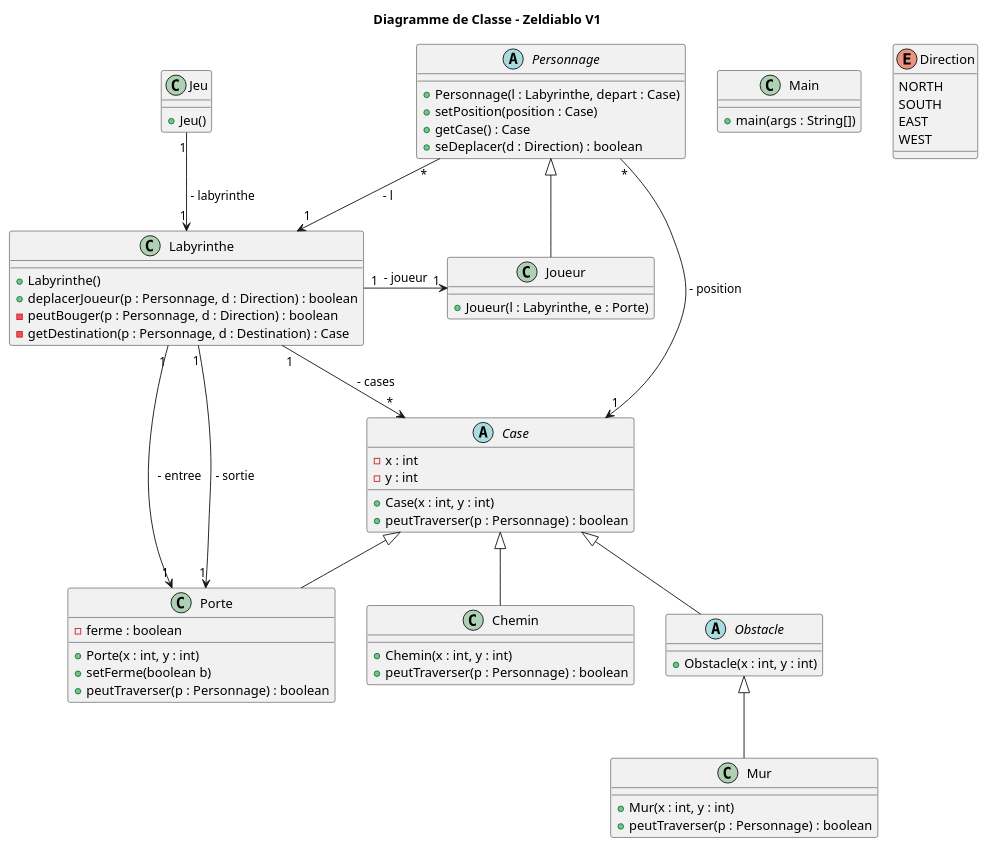
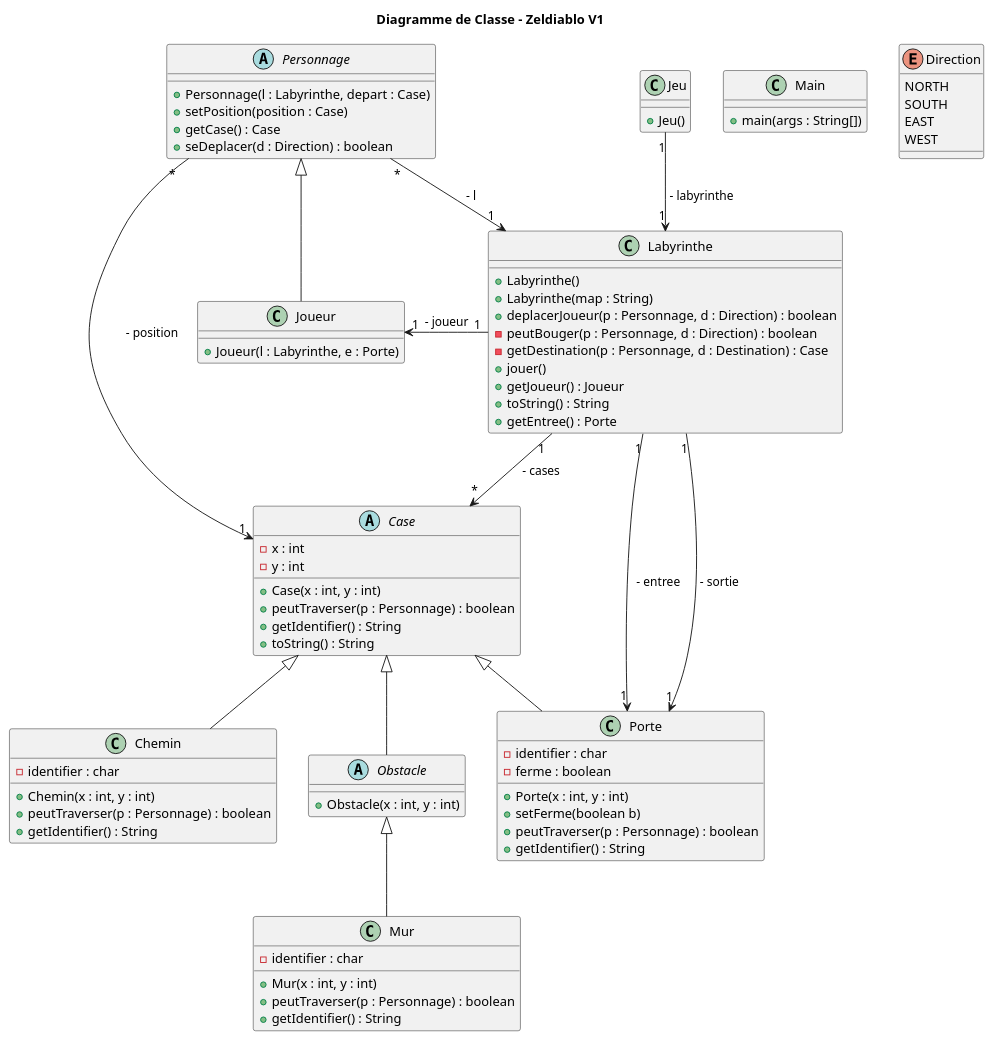
One commit to arnoux23u-IUTNC/2021_COO_Zeldiablo changed the diagram in documents/version_1/diagrammes/classe/diagClasse.puml. Above: the diagram before and after it, drawn with PlantUML. The commit also changed 1 other file, not shown here.

Commit message:
Diagrams

```diff
--- a/documents/version_1/diagrammes/classe/diagClasse.puml
+++ b/documents/version_1/diagrammes/classe/diagClasse.puml
@@ -1,74 +1,87 @@
 @startuml
 
 title Diagramme de Classe - Zeldiablo V1
 
 class Jeu{
     + Jeu()
 }
 
 abstract class Personnage{
     + Personnage(l : Labyrinthe, depart : Case)
     + setPosition(position : Case)
     + getCase() : Case
     + seDeplacer(d : Direction) : boolean
 }
 
 class Labyrinthe{
     + Labyrinthe()
+    + Labyrinthe(map : String)
     + deplacerJoueur(p : Personnage, d : Direction) : boolean
     - peutBouger(p : Personnage, d : Direction) : boolean
     - getDestination(p : Personnage, d : Destination) : Case
+    + jouer()
+    + getJoueur() : Joueur
+    + toString() : String
+    + getEntree() : Porte
 }
 
 class Main{
     +main(args : String[])
 }
 
 abstract class Case{
     - x : int
     - y : int
     + Case(x : int, y : int)
     + peutTraverser(p : Personnage) : boolean
+    + getIdentifier() : String
+    + toString() : String
 }
 
 class Chemin extends Case{
+    - identifier : char
     + Chemin(x : int, y : int)
     + peutTraverser(p : Personnage) : boolean
+    + getIdentifier() : String
 }
 
 abstract class Obstacle extends Case{
     + Obstacle(x : int, y : int)
 }
 
 class Mur extends Obstacle{
+    - identifier : char
     + Mur(x : int, y : int)
     + peutTraverser(p : Personnage) : boolean
+    + getIdentifier() : String
 }
 
 class Porte extends Case{
+    - identifier : char
     - ferme : boolean
     + Porte(x : int, y : int)
     + setFerme(boolean b)
     + peutTraverser(p : Personnage) : boolean
+    + getIdentifier() : String
 }
 
 class Joueur extends Personnage{
     + Joueur(l : Labyrinthe, e : Porte)
 }
 
 enum Direction{
     NORTH
     SOUTH
     EAST
     WEST
 }
 
 Jeu "1" --> "1" Labyrinthe: " - labyrinthe"
-Labyrinthe "1" --> "1" Porte: " - entree "
-Labyrinthe "1" --> "1" Porte: " - sortie "
+Labyrinthe "1" -down-> "1" Porte: " - entree "
+Labyrinthe "1" -left-> "1" Porte: " - sortie "
 Labyrinthe "1" --> "*" Case: " - cases "
 Personnage "*" --> "1" Case: " - position "
 Personnage "*" --> "1" Labyrinthe: " - l "
 Labyrinthe "1" -left-> "1" Joueur: " - joueur "
 
 @enduml
```
